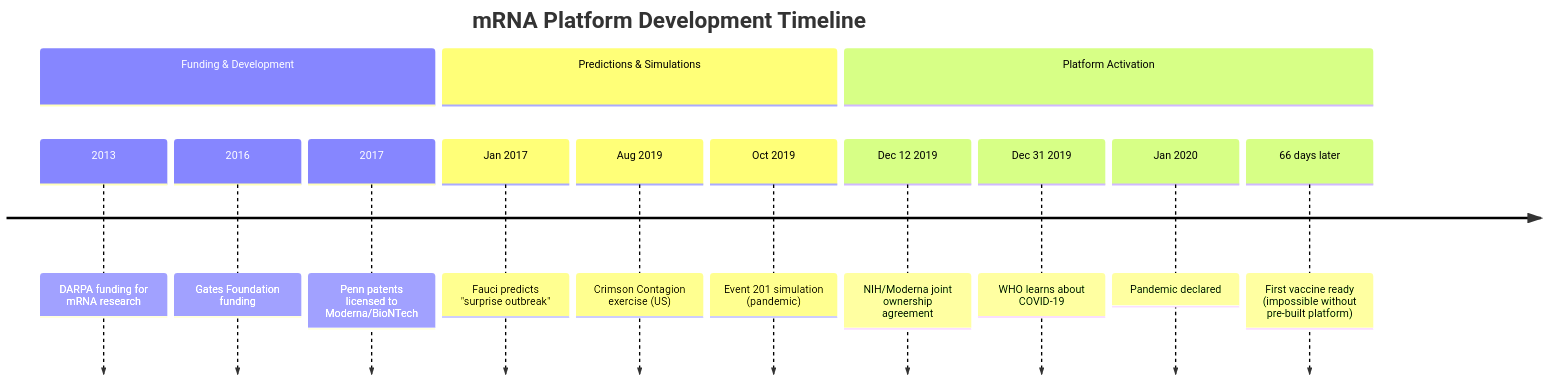
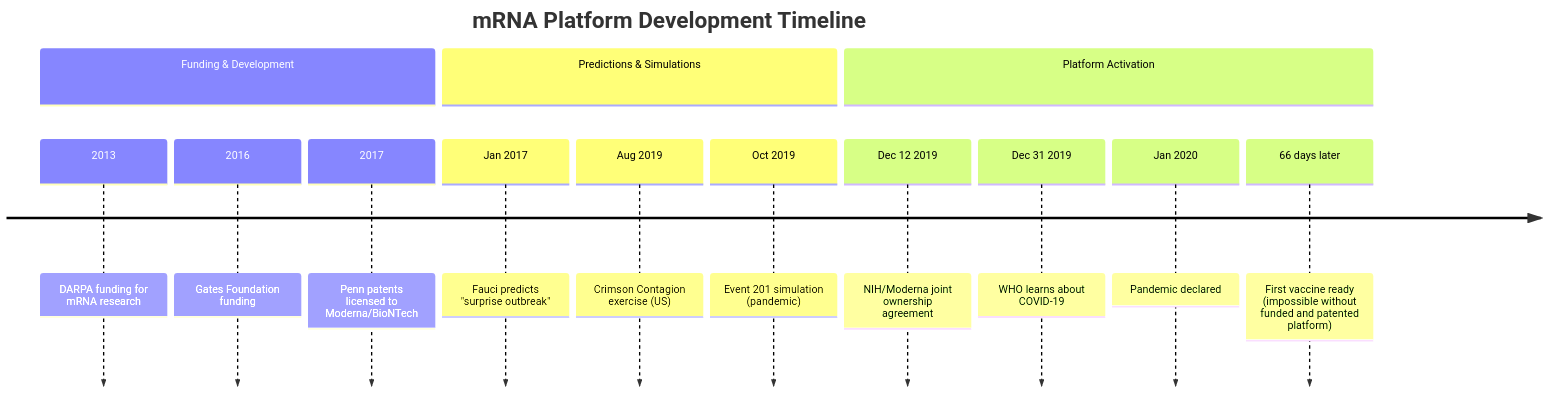
The first of 9 diagrams in EVIDENCE_COLLECTED/VISUAL_EVIDENCE.md (ChattMenard/Veritas), drawn with Mermaid before and after one commit. The commit also changed 13 other files, not shown here.

First line of the commit message:
Remove platform-built-before claims; replace with funded-and-patented

````diff
--- a/EVIDENCE_COLLECTED/VISUAL_EVIDENCE.md
+++ b/EVIDENCE_COLLECTED/VISUAL_EVIDENCE.md
@@ -10,17 +10,17 @@
 ```mermaid
 timeline
     title mRNA Platform Development Timeline
     section Funding & Development
       2013 : DARPA funding for mRNA research
       2016 : Gates Foundation funding
       2017 : Penn patents licensed to Moderna/BioNTech
     section Predictions & Simulations
       Jan 2017 : Fauci predicts "surprise outbreak"
       Aug 2019 : Crimson Contagion exercise (US)
       Oct 2019 : Event 201 simulation (pandemic)
     section Platform Activation
       Dec 12 2019 : NIH/Moderna joint ownership agreement
       Dec 31 2019 : WHO learns about COVID-19
       Jan 2020 : Pandemic declared
-      66 days later : First vaccine ready (impossible without pre-built platform)
+      66 days later : First vaccine ready (impossible without funded and patented platform)
 ```
````
